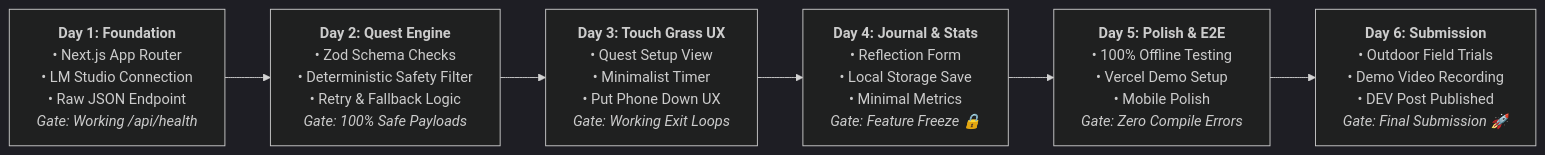
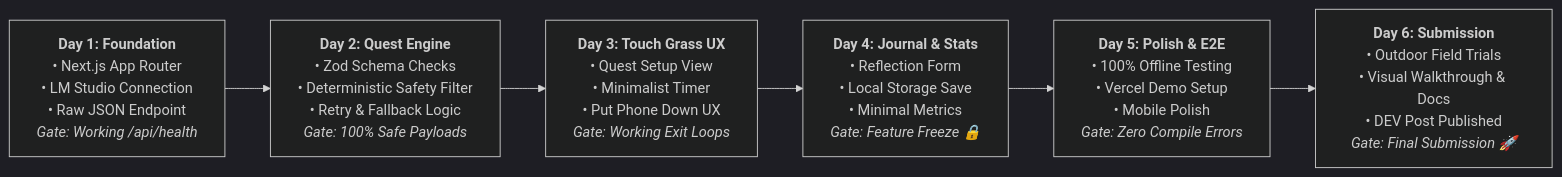
One commit to Ani0811/irl-quest changed the diagram in docs/ROADMAP.md. Above: the diagram before and after it, drawn with Mermaid (dark theme). The commit also changed other lines of this file and 2 other files, not shown here.

Commit message:
docs(day-6): finalize outdoor field trials and hackathon submission without video

````diff
--- a/docs/ROADMAP.md
+++ b/docs/ROADMAP.md
@@ -11,9 +11,9 @@
 ```mermaid
 flowchart LR
     D1["<b>Day 1: Foundation</b><br/>• Next.js App Router<br/>• LM Studio Connection<br/>• Raw JSON Endpoint<br/><i>Gate: Working /api/health</i>"]
     --> D2["<b>Day 2: Quest Engine</b><br/>• Zod Schema Checks<br/>• Deterministic Safety Filter<br/>• Retry & Fallback Logic<br/><i>Gate: 100% Safe Payloads</i>"]
     --> D3["<b>Day 3: Touch Grass UX</b><br/>• Quest Setup View<br/>• Minimalist Timer<br/>• Put Phone Down UX<br/><i>Gate: Working Exit Loops</i>"]
     --> D4["<b>Day 4: Journal & Stats</b><br/>• Reflection Form<br/>• Local Storage Save<br/>• Minimal Metrics<br/><i>Gate: Feature Freeze 🔒</i>"]
     --> D5["<b>Day 5: Polish & E2E</b><br/>• 100% Offline Testing<br/>• Vercel Demo Setup<br/>• Mobile Polish<br/><i>Gate: Zero Compile Errors</i>"]
-    --> D6["<b>Day 6: Submission</b><br/>• Outdoor Field Trials<br/>• Demo Video Recording<br/>• DEV Post Published<br/><i>Gate: Final Submission 🚀</i>"]
+    --> D6["<b>Day 6: Submission</b><br/>• Outdoor Field Trials<br/>• Visual Walkthrough & Docs<br/>• DEV Post Published<br/><i>Gate: Final Submission 🚀</i>"]
 ```
````
